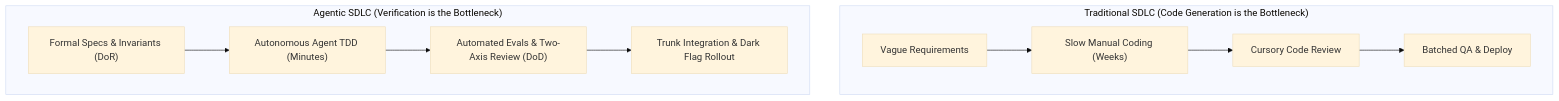
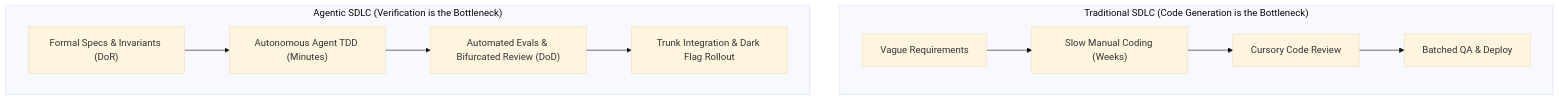
Before and after one commit to keolo/keolo-com: the fourth of 4 diagrams in content/posts/planned-vs-unplanned-work-in-agentic-development.md, drawn with Mermaid (base theme). The commit also changed other lines of this file, not shown here.

````diff
--- a/content/posts/planned-vs-unplanned-work-in-agentic-development.md
+++ b/content/posts/planned-vs-unplanned-work-in-agentic-development.md
@@ -273,14 +267,14 @@
 ```mermaid
 flowchart TD
     subgraph Traditional["Traditional SDLC (Code Generation is the Bottleneck)"]
         T1["Vague Requirements"] --> T2["Slow Manual Coding (Weeks)"]
         T2 --> T3["Cursory Code Review"]
         T3 --> T4["Batched QA & Deploy"]
     end
 
     subgraph Agentic["Agentic SDLC (Verification is the Bottleneck)"]
         A1["Formal Specs & Invariants (DoR)"] --> A2["Autonomous Agent TDD (Minutes)"]
-        A2 --> A3["Automated Evals & Two-Axis Review (DoD)"]
+        A2 --> A3["Automated Evals & Bifurcated Review (DoD)"]
         A3 --> A4["Trunk Integration & Dark Flag Rollout"]
     end
 ```
````
